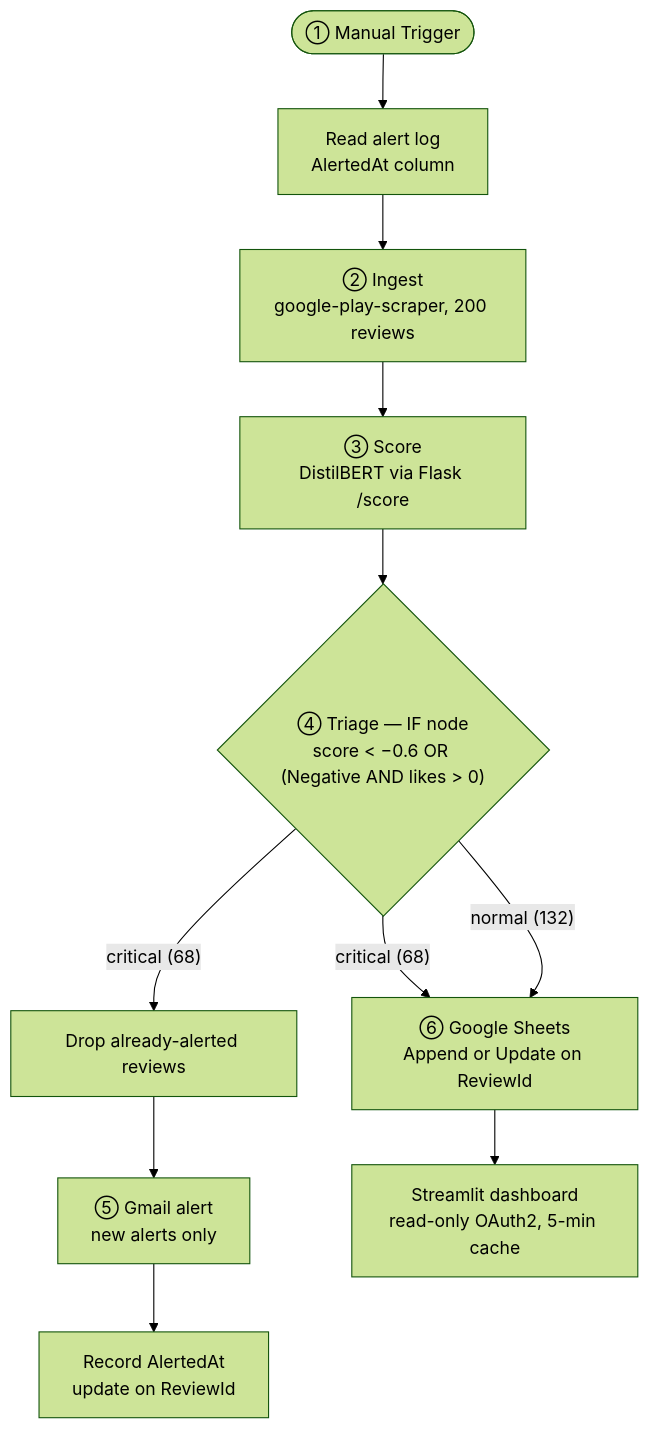
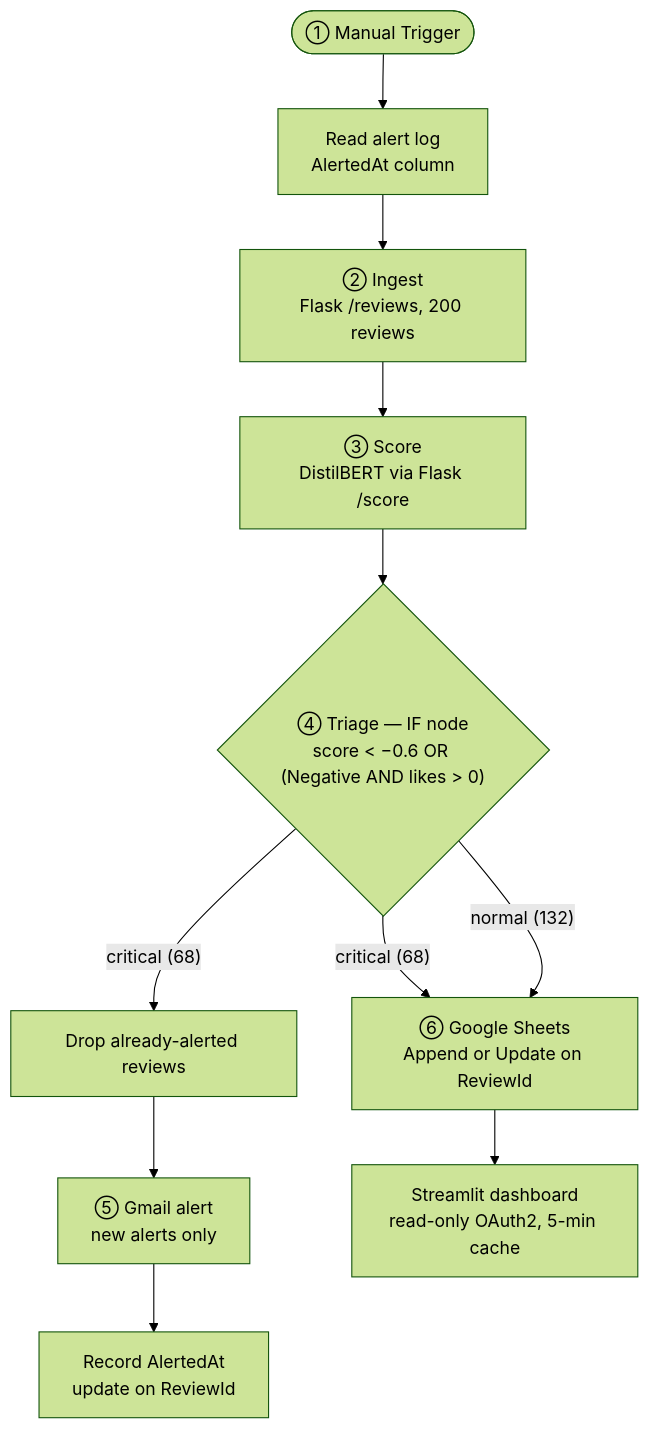
One commit to LeoTheGreatChan/saas-sentiment-analyzer changed the diagram in README.md. Above: the diagram before and after it, drawn with Mermaid (forest theme). The commit also changed other lines of this file, not shown here.

Commit message:
Document Flask-based review ingestion in README

````diff
--- a/README.md
+++ b/README.md
@@ -67,13 +69,13 @@
 ```mermaid
 flowchart TD
     T(["① Manual Trigger"]) --> R["Read alert log<br/>AlertedAt column"]
-    R --> I["② Ingest<br/>google-play-scraper, 200 reviews"]
+    R --> I["② Ingest<br/>Flask /reviews, 200 reviews"]
     I --> S["③ Score<br/>DistilBERT via Flask /score"]
     S --> G{"④ Triage — IF node<br/>score &lt; −0.6 OR (Negative AND likes &gt; 0)"}
     G -->|"critical (68)"| X["Drop already-alerted reviews"]
     X --> A["⑤ Gmail alert<br/>new alerts only"]
     A --> L["Record AlertedAt<br/>update on ReviewId"]
     G -->|"critical (68)"| W["⑥ Google Sheets<br/>Append or Update on ReviewId"]
     G -->|"normal (132)"| W
     W --> D["Streamlit dashboard<br/>read-only OAuth2, 5-min cache"]
 ```
````
